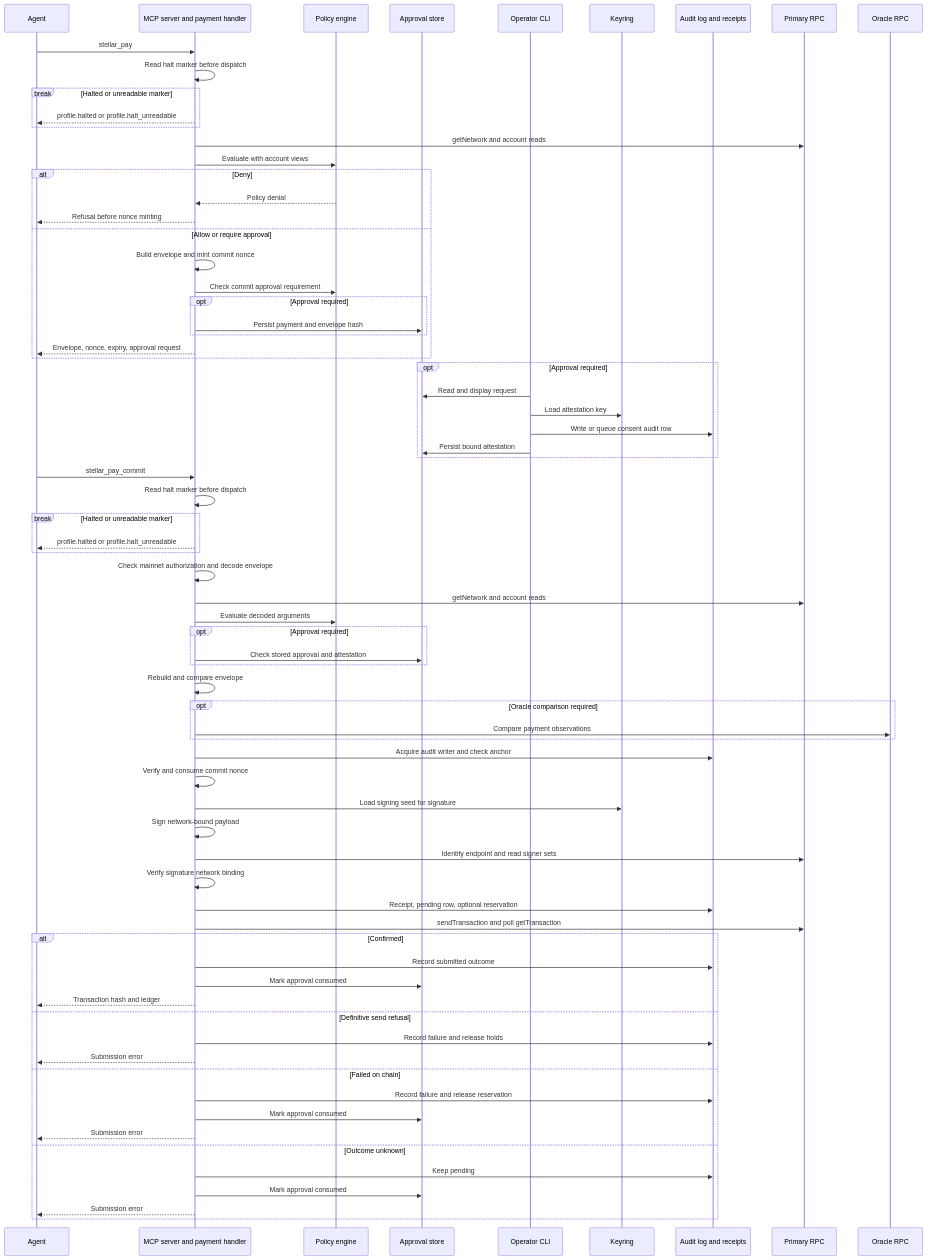
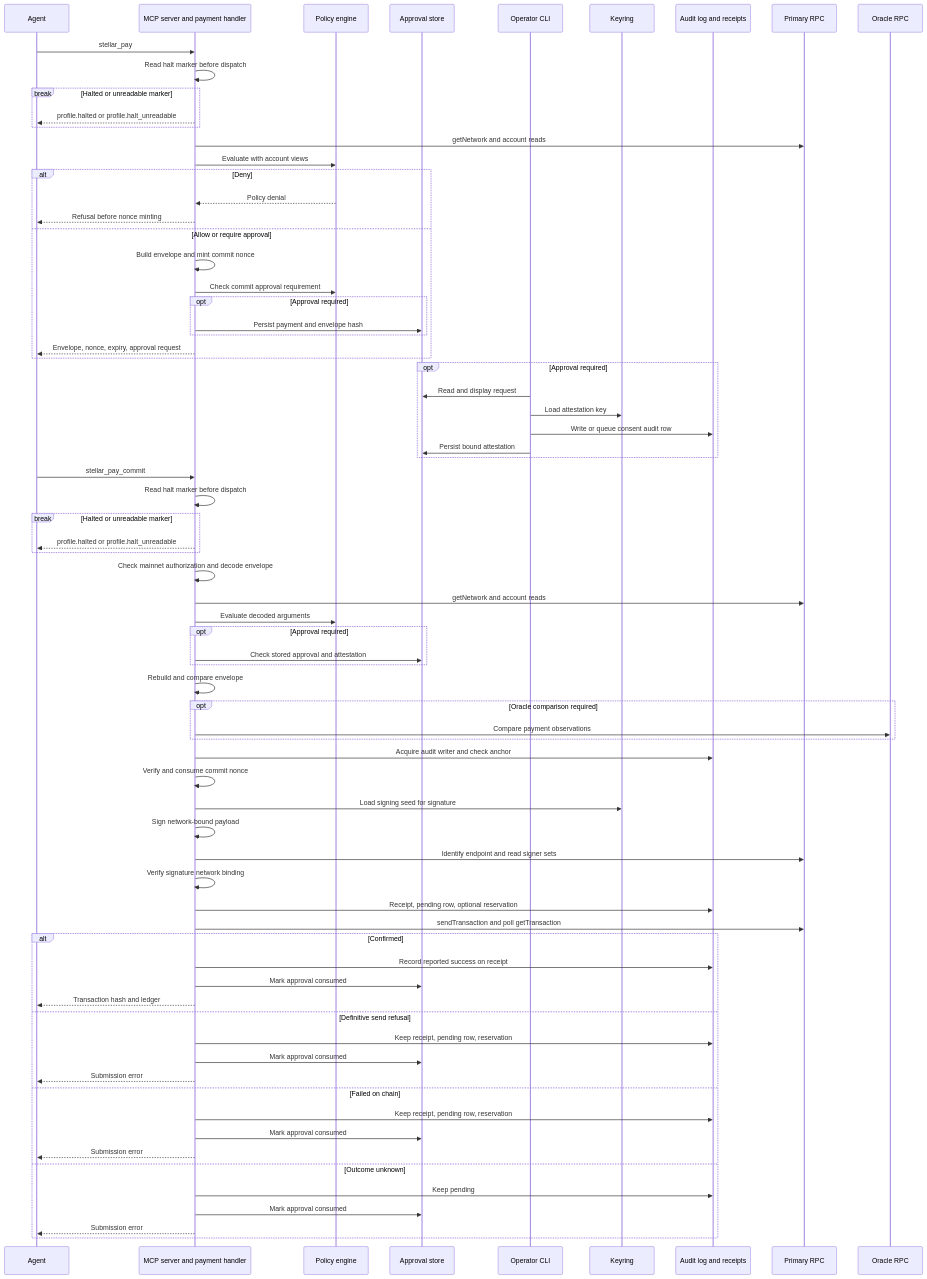
Before and after one commit to Soneso/stellar-agent-wallet: the second of 3 diagrams in docs/architecture.md, drawn with Mermaid. The commit also changed other lines of this file and 64 other files, not shown here.

````diff
--- a/docs/architecture.md
+++ b/docs/architecture.md
@@ -98,75 +98,76 @@
 ```mermaid
 sequenceDiagram
   participant A as Agent
   participant M as MCP server and payment handler
   participant P as Policy engine
   participant S as Approval store
   participant O as Operator CLI
   participant K as Keyring
   participant L as Audit log and receipts
   participant R as Primary RPC
   participant W as Oracle RPC
   A->>M: stellar_pay
   M->>M: Read halt marker before dispatch
   break Halted or unreadable marker
     M-->>A: profile.halted or profile.halt_unreadable
   end
   M->>R: getNetwork and account reads
   M->>P: Evaluate with account views
   alt Deny
     P-->>M: Policy denial
     M-->>A: Refusal before nonce minting
   else Allow or require approval
     M->>M: Build envelope and mint commit nonce
     M->>P: Check commit approval requirement
     opt Approval required
       M->>S: Persist payment and envelope hash
     end
     M-->>A: Envelope, nonce, expiry, approval request
   end
   opt Approval required
     O->>S: Read and display request
     O->>K: Load attestation key
     O->>L: Write or queue consent audit row
     O->>S: Persist bound attestation
   end
   A->>M: stellar_pay_commit
   M->>M: Read halt marker before dispatch
   break Halted or unreadable marker
     M-->>A: profile.halted or profile.halt_unreadable
   end
   M->>M: Check mainnet authorization and decode envelope
   M->>R: getNetwork and account reads
   M->>P: Evaluate decoded arguments
   opt Approval required
     M->>S: Check stored approval and attestation
   end
   M->>M: Rebuild and compare envelope
   opt Oracle comparison required
     M->>W: Compare payment observations
   end
   M->>L: Acquire audit writer and check anchor
   M->>M: Verify and consume commit nonce
   M->>K: Load signing seed for signature
   M->>M: Sign network-bound payload
   M->>R: Identify endpoint and read signer sets
   M->>M: Verify signature network binding
   M->>L: Receipt, pending row, optional reservation
   M->>R: sendTransaction and poll getTransaction
   alt Confirmed
-    M->>L: Record submitted outcome
+    M->>L: Record reported success on receipt
     M->>S: Mark approval consumed
     M-->>A: Transaction hash and ledger
   else Definitive send refusal
-    M->>L: Record failure and release holds
+    M->>L: Keep receipt, pending row, reservation
+    M->>S: Mark approval consumed
     M-->>A: Submission error
   else Failed on chain
-    M->>L: Record failure and release reservation
+    M->>L: Keep receipt, pending row, reservation
     M->>S: Mark approval consumed
     M-->>A: Submission error
   else Outcome unknown
     M->>L: Keep pending
     M->>S: Mark approval consumed
     M-->>A: Submission error
   end
 ```
````
